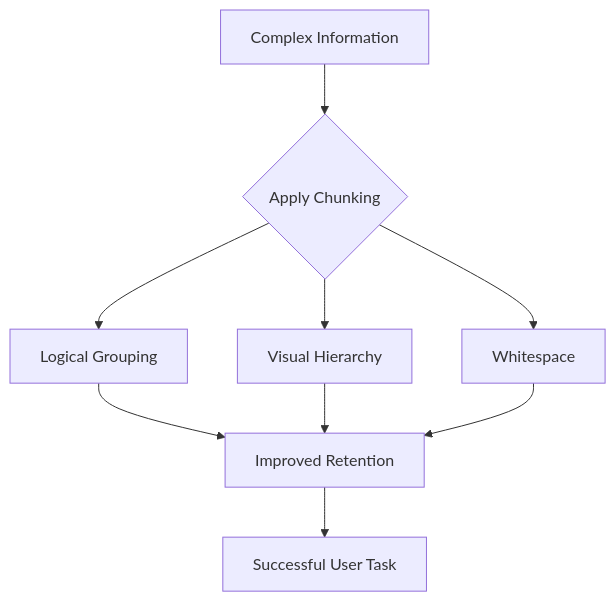
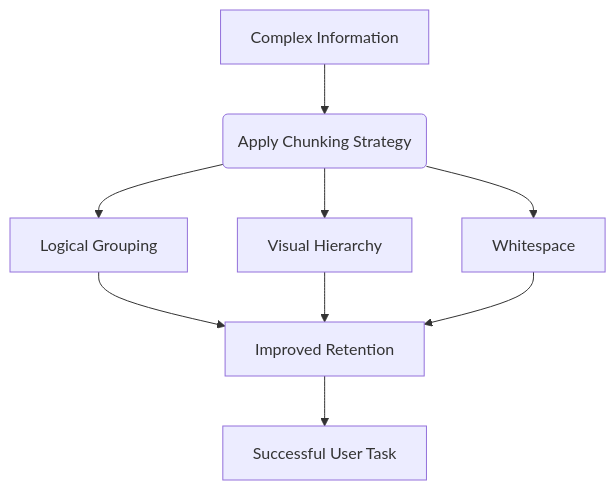
The diagram in docs/industry-terms/chunking.md (vaishvanara/techwritingkb), drawn with Mermaid before and after one commit. The commit also changed other lines of this file and 51 other files, not shown here.

````diff
--- a/docs/industry-terms/chunking.md
+++ b/docs/industry-terms/chunking.md
@@ -19,9 +19,9 @@
 ```mermaid
 graph TD
-    A[Complex Information] --> B{Apply Chunking}
+    A[Complex Information] --> B(Apply Chunking Strategy)
     B --> C[Logical Grouping]
     B --> D[Visual Hierarchy]
     B --> E[Whitespace]
     C & D & E --> F[Improved Retention]
     F --> G[Successful User Task]
 ```
````
